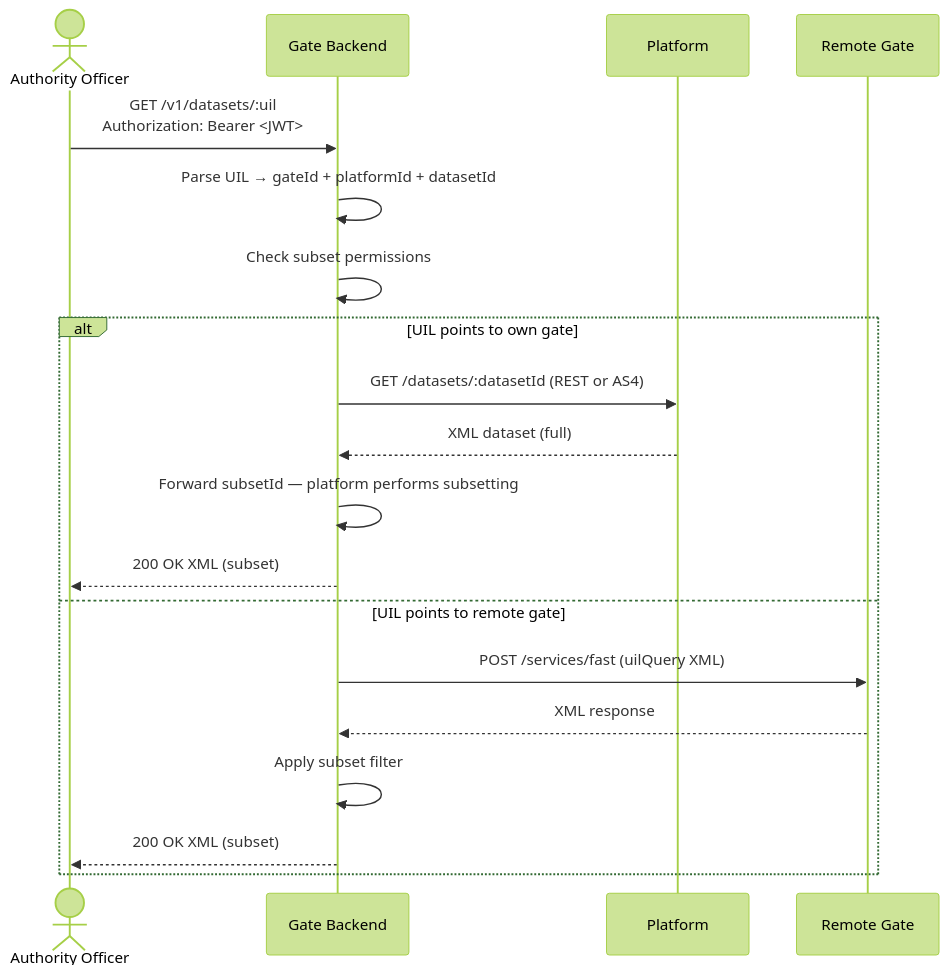
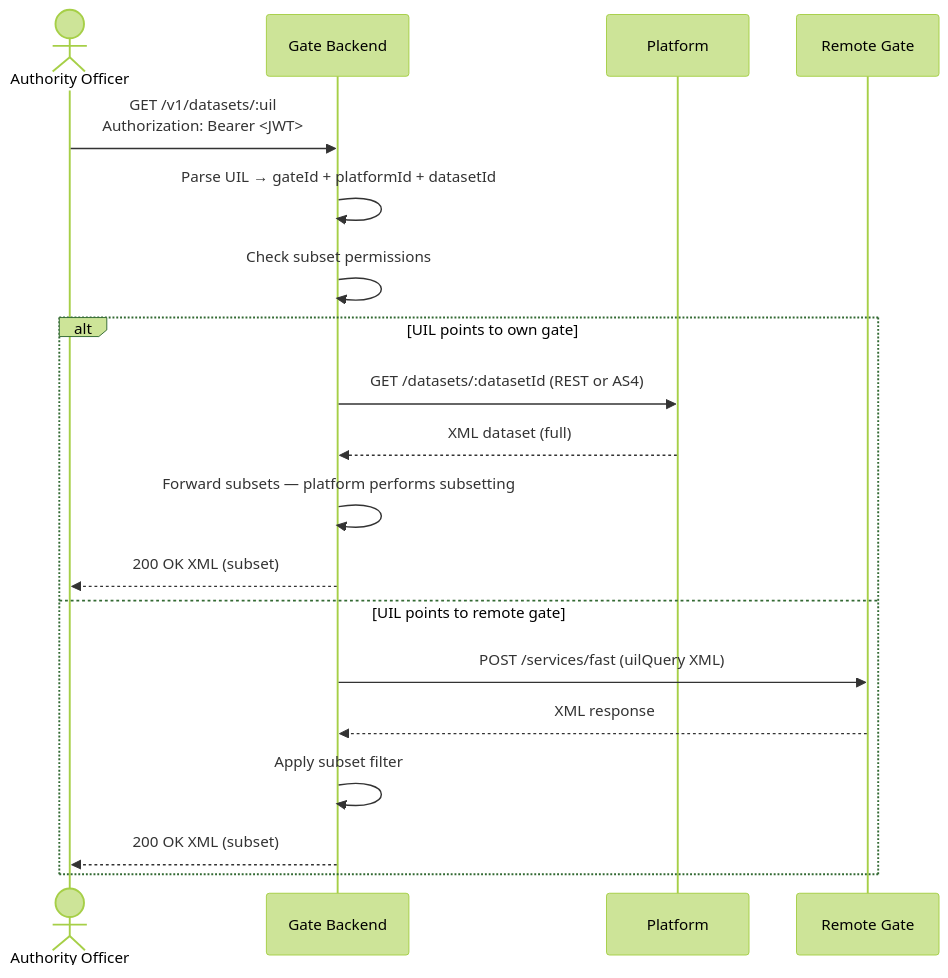
One commit to kemit-ee/efti-gate-ee changed the fourth of 5 diagrams in docs/architecture/core-functionality/search_and_retrieval_flows.md. Above: the diagram before and after it, drawn with Mermaid (forest theme). The commit also changed 15 other files, not shown here.

First line of the commit message:
docs(specs): name the dataset subset parameter 'subsets' everywhere, EU01-EU07 only in examples (#362)

````diff
--- a/docs/architecture/core-functionality/search_and_retrieval_flows.md
+++ b/docs/architecture/core-functionality/search_and_retrieval_flows.md
@@ -73,23 +73,23 @@
 ```mermaid
 sequenceDiagram
     actor Officer as Authority Officer
     participant Gate as Gate Backend
     participant Platform
     participant RemoteGate as Remote Gate
 
     Officer->>Gate: GET /v1/datasets/:uil<br/>Authorization: Bearer <JWT>
     Gate->>Gate: Parse UIL → gateId + platformId + datasetId
     Gate->>Gate: Check subset permissions
 
     alt UIL points to own gate
         Gate->>Platform: GET /datasets/:datasetId (REST or AS4)
         Platform-->>Gate: XML dataset (full)
-        Gate->>Gate: Forward subsetId — platform performs subsetting
+        Gate->>Gate: Forward subsets — platform performs subsetting
         Gate-->>Officer: 200 OK XML (subset)
     else UIL points to remote gate
         Gate->>RemoteGate: POST /services/fast (uilQuery XML)
         RemoteGate-->>Gate: XML response
         Gate->>Gate: Apply subset filter
         Gate-->>Officer: 200 OK XML (subset)
     end
 ```
````
